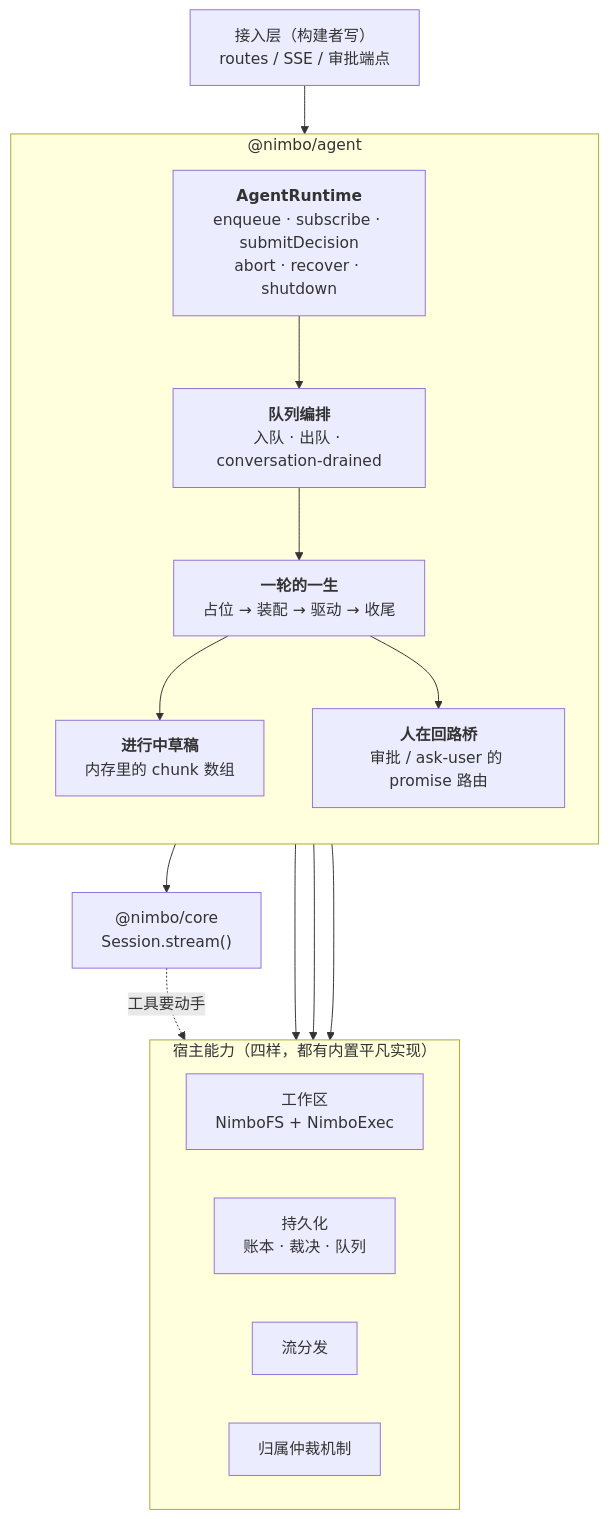
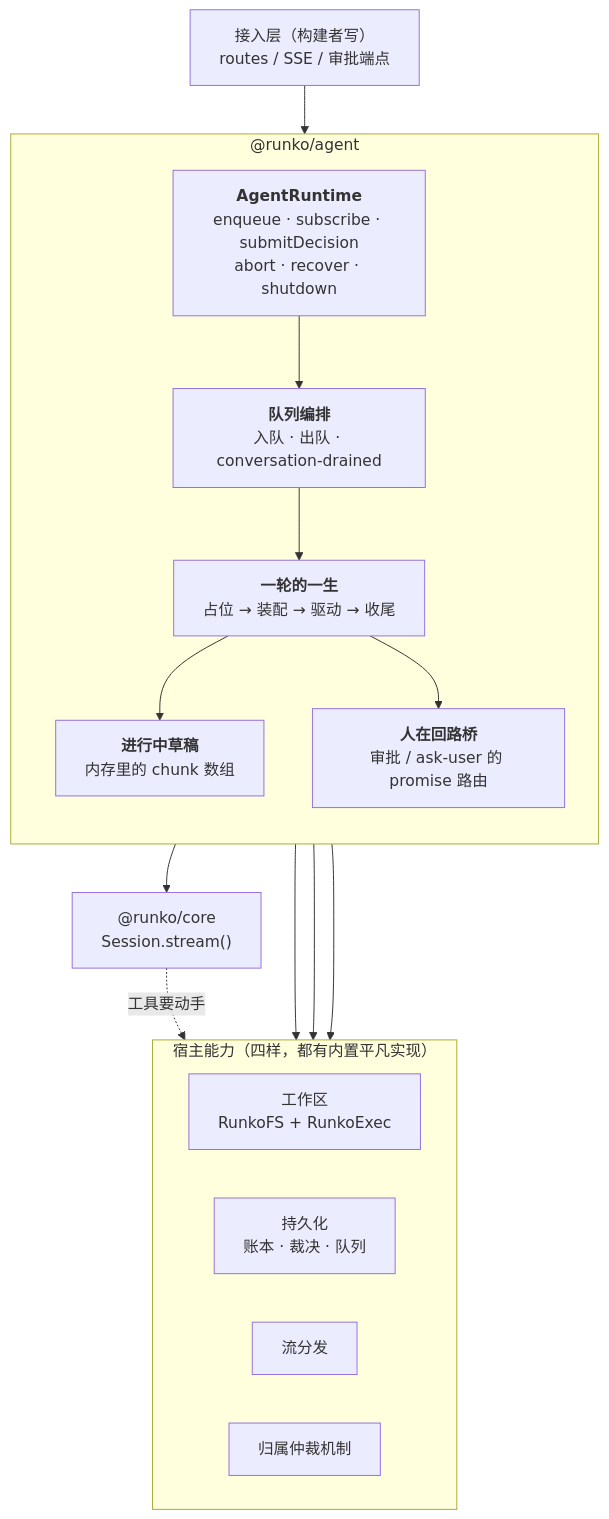
The first of 4 diagrams in docs/logic/orchestration/tech/agent-runtime.md (ludafa/runko), drawn with Mermaid before and after one commit. The commit also changed other lines of this file and 450 other files, not shown here.

First line of the commit message:
refactor: 全仓库改名 nimbo → runko，库表名改用 agent_ 前缀

````diff
--- a/docs/logic/orchestration/tech/agent-runtime.md
+++ b/docs/logic/orchestration/tech/agent-runtime.md
@@ -24,33 +24,33 @@
 ```mermaid
 flowchart TB
     IN["接入层（构建者写）<br/>routes / SSE / 审批端点"]
 
-    subgraph RT["@nimbo/agent"]
+    subgraph RT["@runko/agent"]
         direction TB
         API["<b>AgentRuntime</b><br/>enqueue · subscribe · submitDecision<br/>abort · recover · shutdown"]
         QUEUE["<b>队列编排</b><br/>入队 · 出队 · conversation-drained"]
         TURN["<b>一轮的一生</b><br/>占位 → 装配 → 驱动 → 收尾"]
         DRAFT["<b>进行中草稿</b><br/>内存里的 chunk 数组"]
         HUM["<b>人在回路桥</b><br/>审批 / ask-user 的 promise 路由"]
         API --> QUEUE --> TURN
         TURN --> DRAFT
         TURN --> HUM
     end
 
     subgraph HOST["宿主能力（四样，都有内置平凡实现）"]
         direction LR
-        WS["工作区<br/>NimboFS + NimboExec"]
+        WS["工作区<br/>RunkoFS + RunkoExec"]
         PER["持久化<br/>账本 · 裁决 · 队列"]
         STR["流分发"]
         ARB["归属仲裁机制"]
     end
 
-    CORE["@nimbo/core<br/>Session.stream()"]
+    CORE["@runko/core<br/>Session.stream()"]
 
     IN --> API
     TURN --> CORE
     CORE -. "工具要动手" .-> WS
     TURN --> PER
     TURN --> STR
     TURN --> ARB
 ```
````
